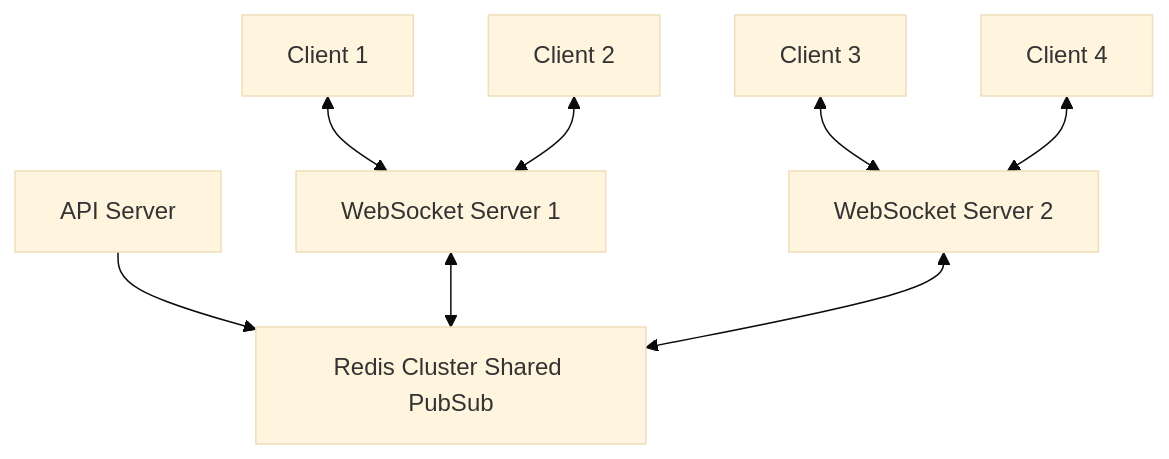
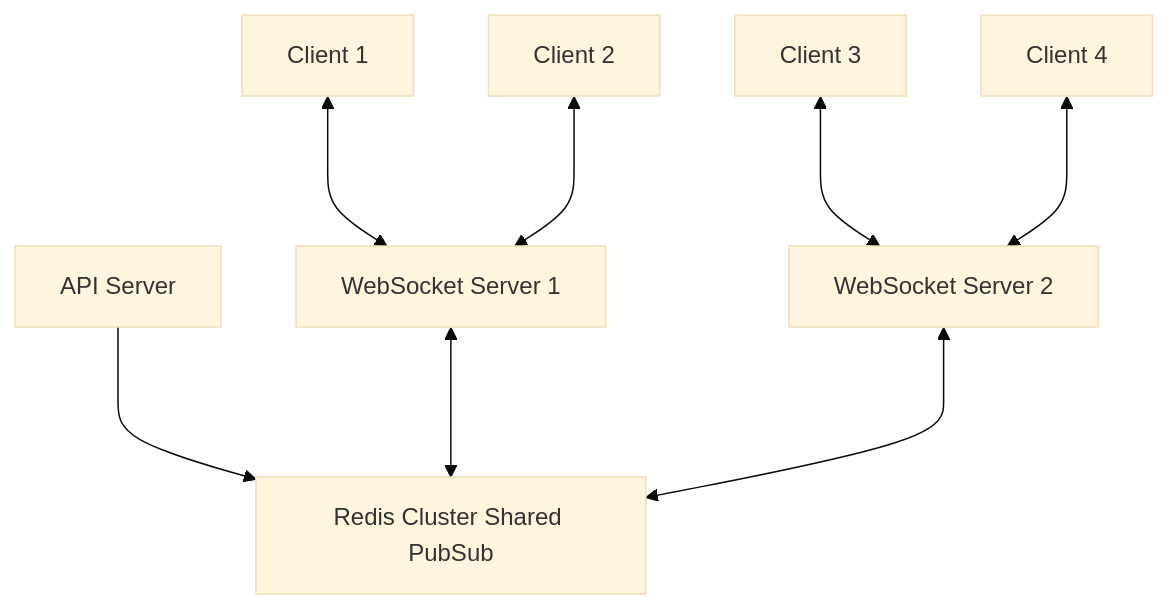
One commit to lirlia/zenn changed the fourth of 5 diagrams in articles/18812fe56bf0c1.md. Above: the diagram before and after it, drawn with Mermaid (base theme). The commit also changed other lines of this file, not shown here.

Commit message:
記事タイトルと内容を更新し、WebSocketを活用したリアルタイムメッセージ配信基盤の構築に関する情報を整理しました。具体的には、アーキテクチャの選択肢やメッセージ配信の品質保証について詳述し、マネージドWebSocketサービスの選択肢も追加しました。

````diff
--- a/articles/18812fe56bf0c1.md
+++ b/articles/18812fe56bf0c1.md
@@ -168,12 +174,12 @@
 ```mermaid
 graph TD
-    API[API Server] --> RC["Redis Cluster Shared PubSub"]
+    API[API Server] ---> RC["Redis Cluster Shared PubSub"]
     
-    C1[Client 1] <--> WS1[WebSocket Server 1]
-    C2[Client 2] <--> WS1
-    C3[Client 3] <--> WS2[WebSocket Server 2]
-    C4[Client 4] <--> WS2
+    C1[Client 1] <---> WS1[WebSocket Server 1]
+    C2[Client 2] <---> WS1
+    C3[Client 3] <---> WS2[WebSocket Server 2]
+    C4[Client 4] <---> WS2
     
-    WS1 <--> RC
-    WS2 <--> RC
+    WS1 <---> RC
+    WS2 <---> RC
 ```
````
